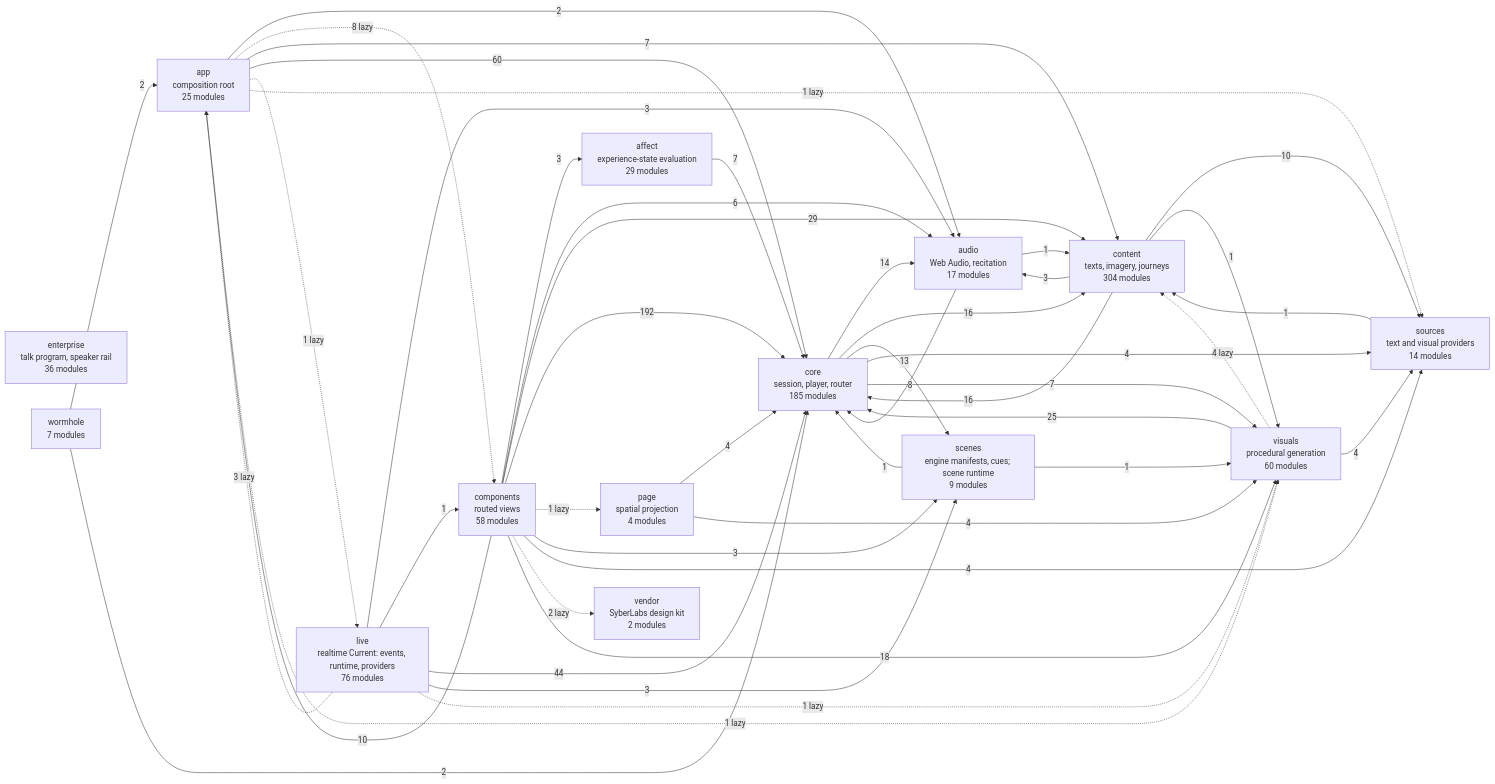
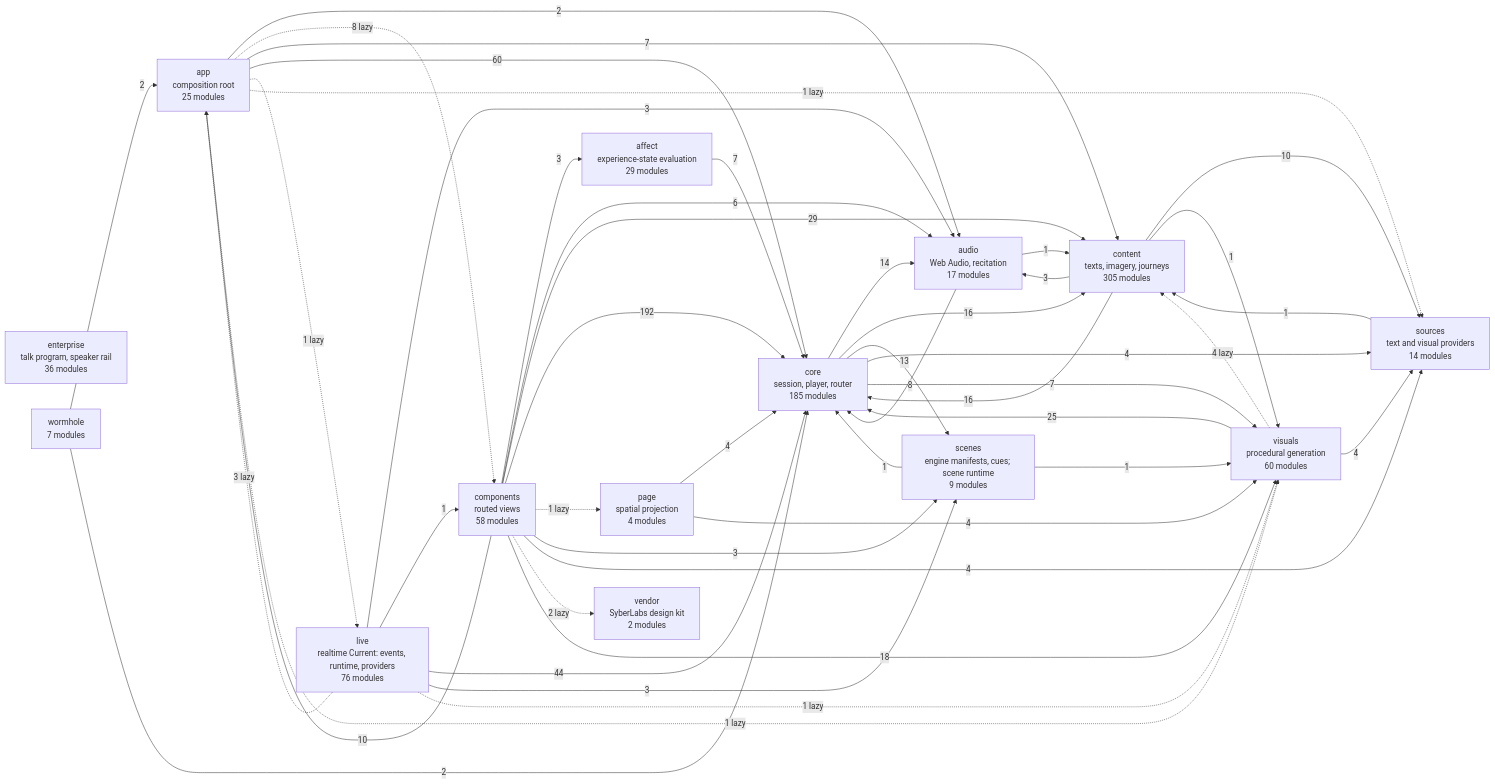
Before and after one commit to SyberLabs/RISE: the diagram in docs/specs/ARCHITECTURE.md, drawn with Mermaid. The commit also changed 12 other files, not shown here.

````diff
--- a/docs/specs/ARCHITECTURE.md
+++ b/docs/specs/ARCHITECTURE.md
@@ -161,63 +161,63 @@
 ```mermaid
 flowchart LR
     affect["affect<br/>experience-state evaluation<br/>29 modules"]
     app["app<br/>composition root<br/>25 modules"]
     audio["audio<br/>Web Audio, recitation<br/>17 modules"]
     components["components<br/>routed views<br/>58 modules"]
-    content["content<br/>texts, imagery, journeys<br/>304 modules"]
+    content["content<br/>texts, imagery, journeys<br/>305 modules"]
     core["core<br/>session, player, router<br/>185 modules"]
     enterprise["enterprise<br/>talk program, speaker rail<br/>36 modules"]
     live["live<br/>realtime Current: events, runtime, providers<br/>76 modules"]
     page["page<br/>spatial projection<br/>4 modules"]
     scenes["scenes<br/>engine manifests, cues; scene runtime<br/>9 modules"]
     sources["sources<br/>text and visual providers<br/>14 modules"]
     vendor["vendor<br/>SyberLabs design kit<br/>2 modules"]
     visuals["visuals<br/>procedural generation<br/>60 modules"]
     wormhole["wormhole<br/>7 modules"]
 
     affect --> |7| core
     app --> |2| audio
     app -.-> |8 lazy| components
     app --> |7| content
     app --> |60| core
     app -.-> |1 lazy| live
     app -.-> |1 lazy| sources
     app -.-> |1 lazy| visuals
     audio --> |1| content
     audio --> |8| core
     components --> |3| affect
     components --> |10| app
     components --> |6| audio
     components --> |29| content
     components --> |192| core
     components -.-> |1 lazy| page
     components --> |3| scenes
     components --> |4| sources
     components -.-> |2 lazy| vendor
     components --> |18| visuals
     content --> |3| audio
     content --> |16| core
     content --> |10| sources
     content --> |1| visuals
     core --> |14| audio
     core --> |16| content
     core --> |13| scenes
     core --> |4| sources
     core --> |7| visuals
     live -.-> |3 lazy| app
     live --> |3| audio
     live --> |1| components
     live --> |44| core
     live --> |3| scenes
     live -.-> |1 lazy| visuals
     page --> |4| core
     page --> |4| visuals
     scenes --> |1| core
     scenes --> |1| visuals
     sources --> |1| content
     visuals -.-> |4 lazy| content
     visuals --> |25| core
     visuals --> |4| sources
     wormhole --> |2| app
     wormhole --> |2| core
 ```
````
